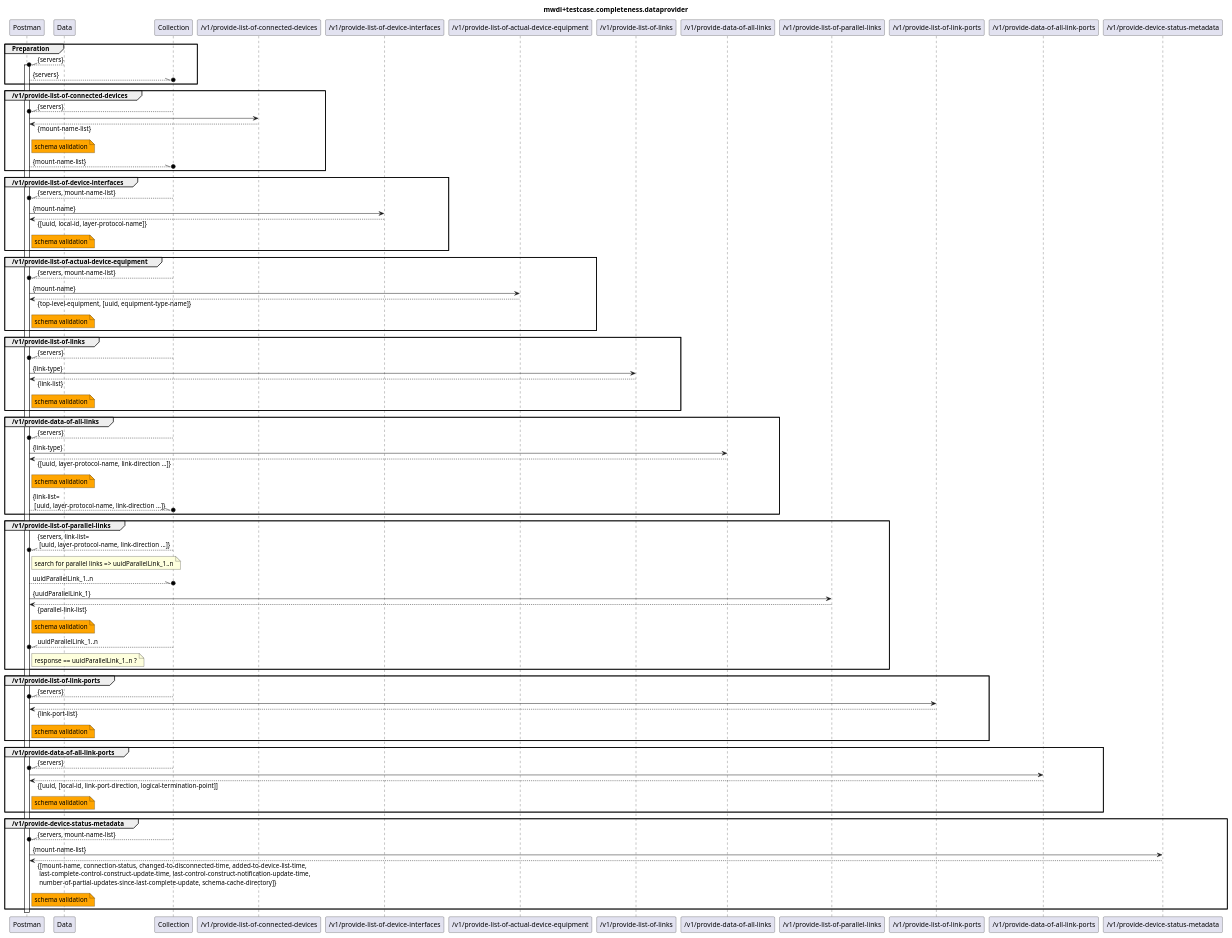
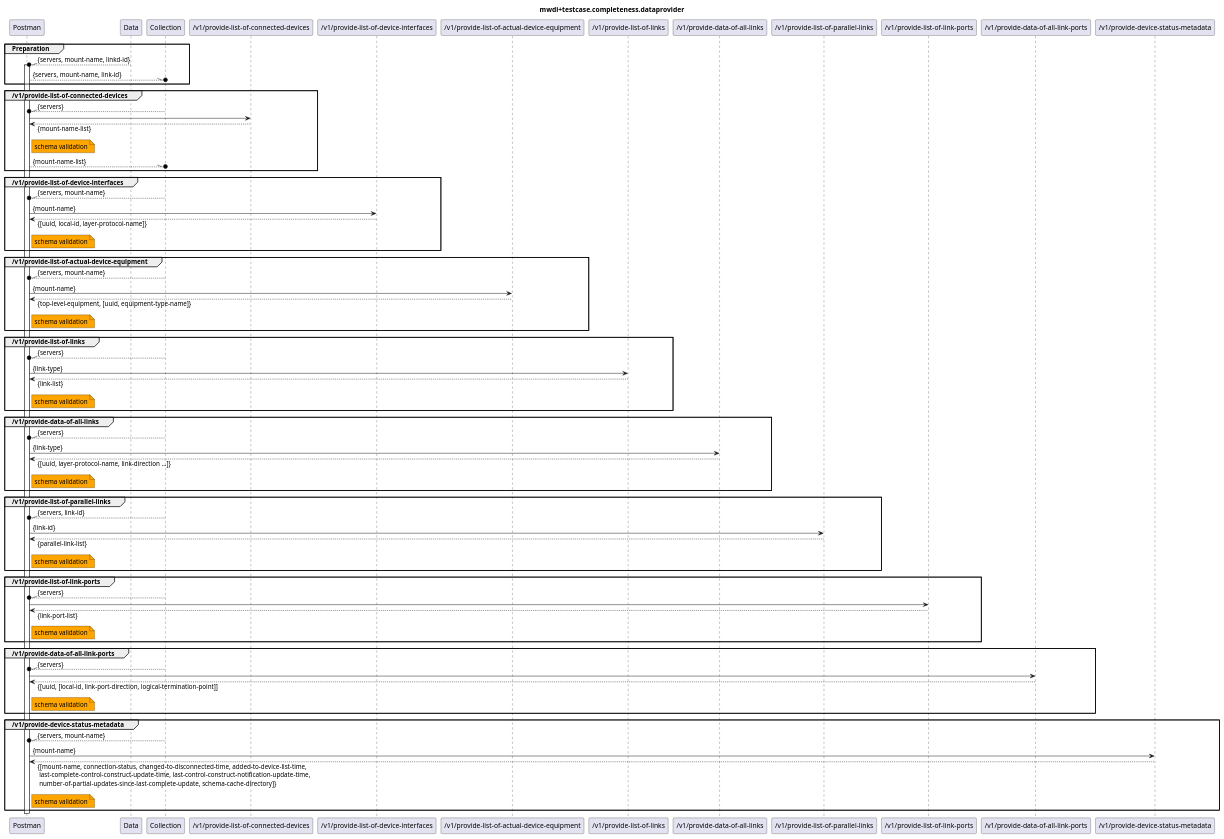
The diagram in testing/2_functional/completeness/v1.2.2/Dataprovider/mwdi+diagram.completeness.dataprovider.plantuml (openBackhaul/MicroWaveDeviceInventory), drawn with PlantUML before and after one commit. The commit also changed 1 other file, not shown here.

```diff
--- a/testing/2_functional/completeness/v1.2.2/Dataprovider/mwdi+diagram.completeness.dataprovider.plantuml
+++ b/testing/2_functional/completeness/v1.2.2/Dataprovider/mwdi+diagram.completeness.dataprovider.plantuml
@@ -1,122 +1,113 @@
 @startuml mwdi+diagram.completeness.dataprovider
 skinparam responseMessageBelowArrow true
 
 title
 mwdi+testcase.completeness.dataprovider
 end title
 
 participant "Postman" as Postman
 participant "Data" as Data
 participant "Collection" as Collection
 
 participant "/v1/provide-list-of-connected-devices" as PLOCD
 participant "/v1/provide-list-of-device-interfaces" as PLODI
 participant "/v1/provide-list-of-actual-device-equipment" as PLOADE
 participant "/v1/provide-list-of-links" as PLOL
 participant "/v1/provide-data-of-all-links" as PDOAL
 participant "/v1/provide-list-of-parallel-links" as PLOPL
 participant "/v1/provide-list-of-link-ports" as PLOLP
 participant "/v1/provide-data-of-all-link-ports" as PDOALP
 participant "/v1/provide-device-status-metadata" as PDSM
 
 
 group Preparation
-  Data --\\o Postman : {servers}
+  Data --\\o Postman : {servers, mount-name, linkd-id}
   activate Postman
-  Postman --\\o Collection : {servers}
+  Postman --\\o Collection : {servers, mount-name, link-id}
 end
 
 group /v1/provide-list-of-connected-devices
   Collection --\\o Postman : {servers}
   Postman -> PLOCD
   Postman <-- PLOCD : {mount-name-list}
   note right Postman #Orange
     schema validation
   end note
   Postman --\\o Collection : {mount-name-list}
 end
 
 group /v1/provide-list-of-device-interfaces
-  Collection --\\o Postman : {servers, mount-name-list}
+  Collection --\\o Postman : {servers, mount-name}
   Postman -> PLODI : {mount-name}
   Postman <-- PLODI : {[uuid, local-id, layer-protocol-name]}
   note right Postman #Orange
     schema validation
   end note
 end
 
 group /v1/provide-list-of-actual-device-equipment
-  Collection --\\o Postman : {servers, mount-name-list}
+  Collection --\\o Postman : {servers, mount-name}
   Postman -> PLOADE : {mount-name}
   Postman <-- PLOADE : {top-level-equipment, [uuid, equipment-type-name]}
   note right Postman #Orange
     schema validation
   end note
 end
 
 group /v1/provide-list-of-links
   Collection --\\o Postman : {servers}
   Postman -> PLOL : {link-type}
   Postman <-- PLOL : {link-list}
   note right Postman #Orange
     schema validation
   end note
 end
 
 group /v1/provide-data-of-all-links
   Collection --\\o Postman : {servers}
   Postman -> PDOAL : {link-type}
   Postman <-- PDOAL : {[uuid, layer-protocol-name, link-direction ...]}
   note right Postman #Orange
     schema validation
   end note
-  Postman --\\o Collection : {link-list=\n [uuid, layer-protocol-name, link-direction ...]}
 end
 
 group /v1/provide-list-of-parallel-links
-  Collection --\\o Postman : {servers, link-list=\n [uuid, layer-protocol-name, link-direction ...]}
-  note right Postman
-    search for parallel links => uuidParallelLink_1..n
-  end note
-  Postman --\\o Collection : uuidParallelLink_1..n
-  Postman -> PLOPL : {uuidParallelLink_1}
+  Collection --\\o Postman : {servers, link-id}
+  Postman -> PLOPL : {link-id}
   Postman <-- PLOPL : {parallel-link-list}
   note right Postman #Orange
     schema validation
-  end note
-  Collection --\\o Postman : uuidParallelLink_1..n
-  note right Postman
-    response == uuidParallelLink_1..n ?
   end note
 end
 
 group /v1/provide-list-of-link-ports
   Collection --\\o Postman : {servers}
   Postman -> PLOLP
   Postman <-- PLOLP : {link-port-list}
   note right Postman #Orange
     schema validation
   end note
 end
 
 group /v1/provide-data-of-all-link-ports
   Collection --\\o Postman : {servers}
   Postman -> PDOALP
   Postman <-- PDOALP : {[uuid, [local-id, link-port-direction, logical-termination-point]]
   note right Postman #Orange
     schema validation
   end note
 end
 
 group /v1/provide-device-status-metadata
-  Collection --\\o Postman : {servers, mount-name-list}
-  Postman -> PDSM : {mount-name-list}
+  Collection --\\o Postman : {servers, mount-name}
+  Postman -> PDSM : {mount-name}
   Postman <-- PDSM : {[mount-name, connection-status, changed-to-disconnected-time, added-to-device-list-time,\n last-complete-control-construct-update-time, last-control-construct-notification-update-time,\n number-of-partial-updates-since-last-complete-update, schema-cache-directory]}
   note right Postman #Orange
     schema validation
   end note
 end
 
 deactivate Postman
 
 @enduml
```
